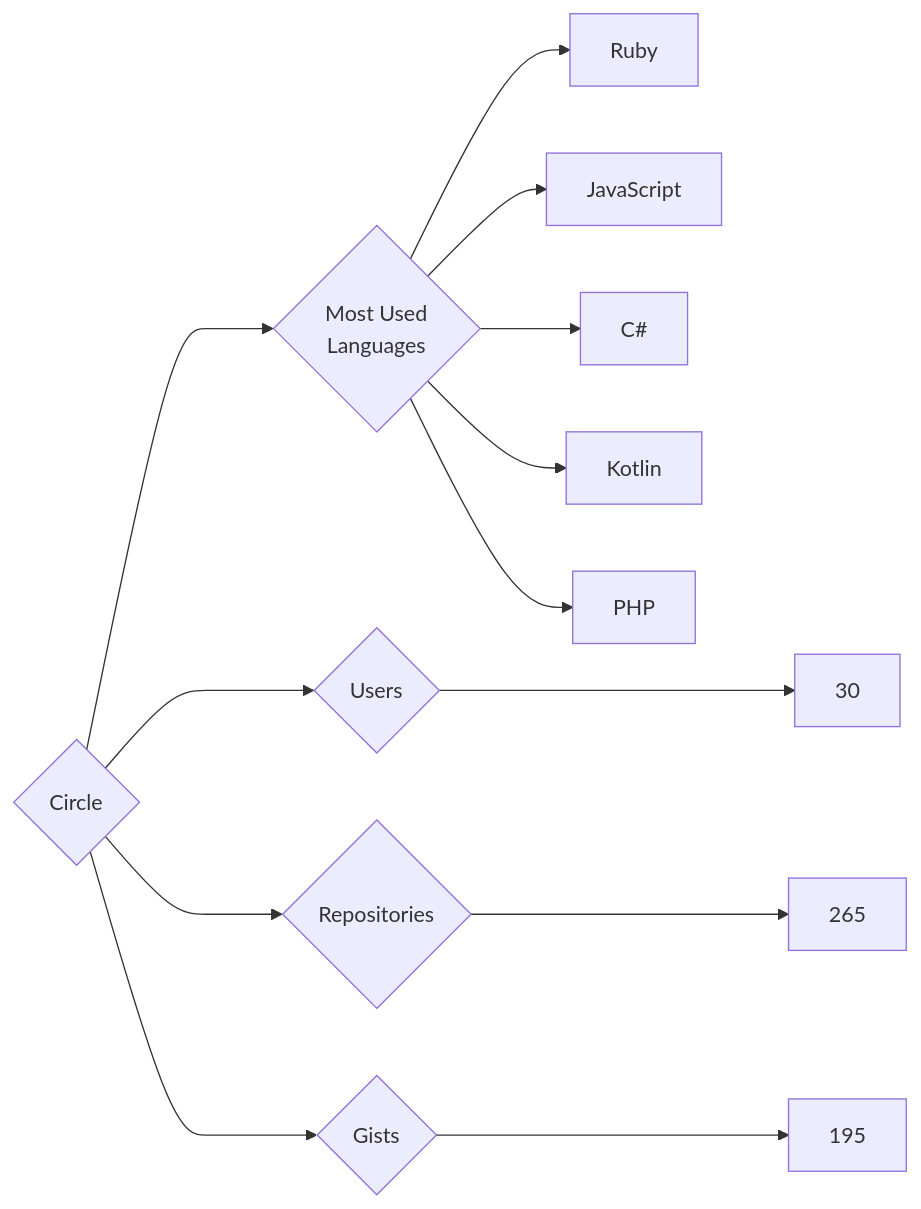
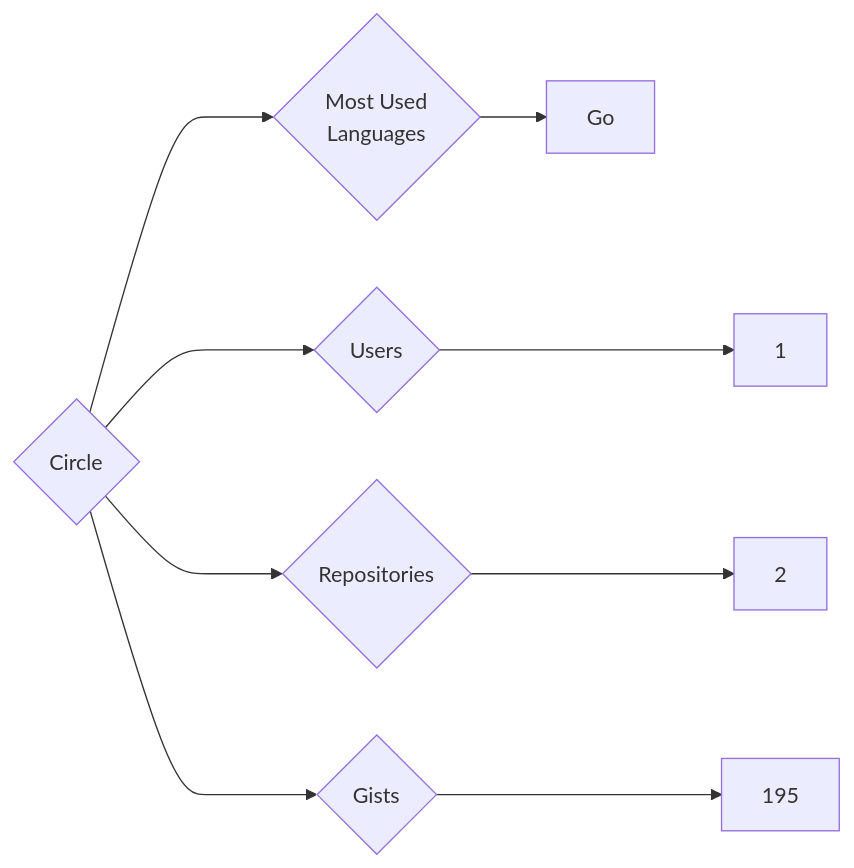
Before and after one commit to trickest/insiders: the diagram in targets/Circle/README.md, drawn with Mermaid. The commit also changed 951 other files, not shown here.

````diff
--- a/targets/Circle/README.md
+++ b/targets/Circle/README.md
@@ -3,13 +3,9 @@
 ```mermaid
 graph LR
 COMPANY_NAME{Circle}
-COMPANY_NAME ---> U{Users} ---> UN[30]
-COMPANY_NAME ---> R{Repositories} ---> RN[265]
+COMPANY_NAME ---> U{Users} ---> UN[1]
+COMPANY_NAME ---> R{Repositories} ---> RN[2]
 COMPANY_NAME ---> G{Gists} ---> GN[195]
 COMPANY_NAME ---> ML{Most Used<br>Languages}
-ML --> Ruby[Ruby]
-ML --> JavaScript[JavaScript]
-ML --> C#[C#]
-ML --> Kotlin[Kotlin]
-ML --> PHP[PHP]
+ML --> Go[Go]
 ```
````
